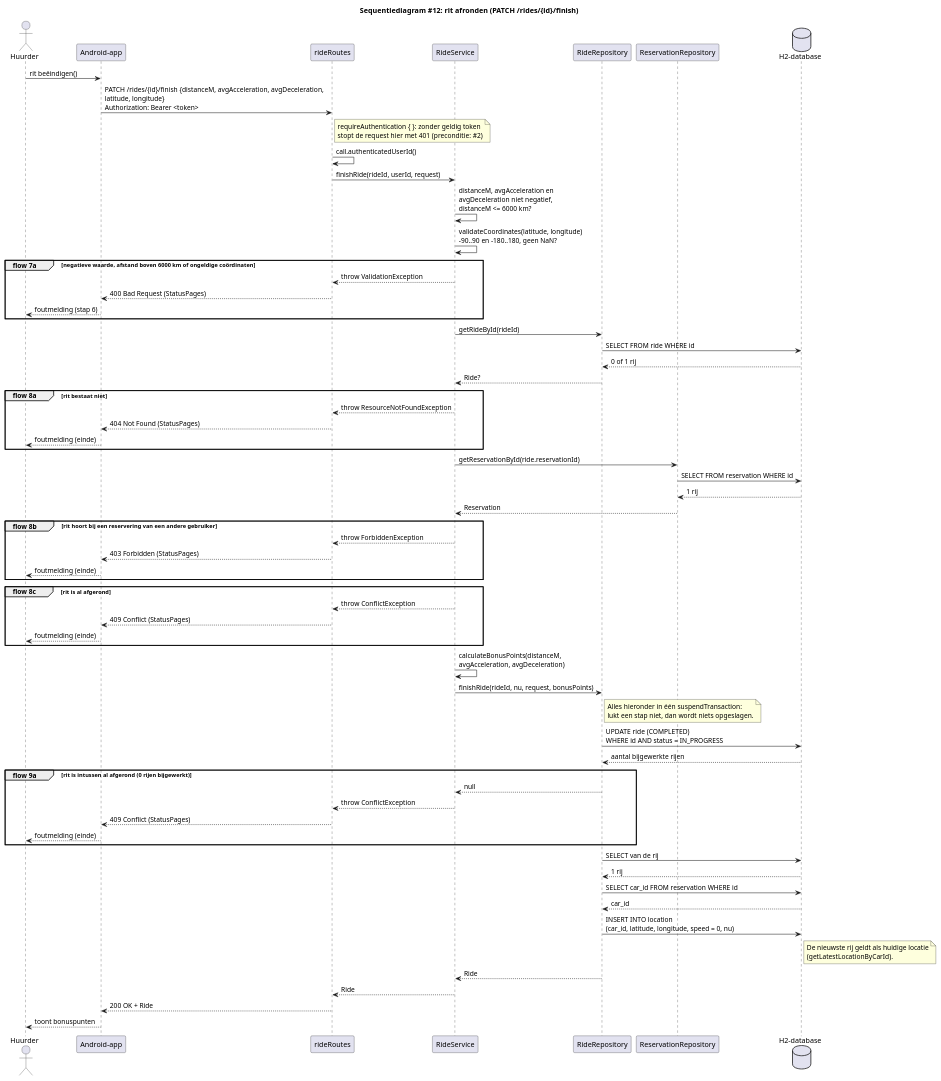
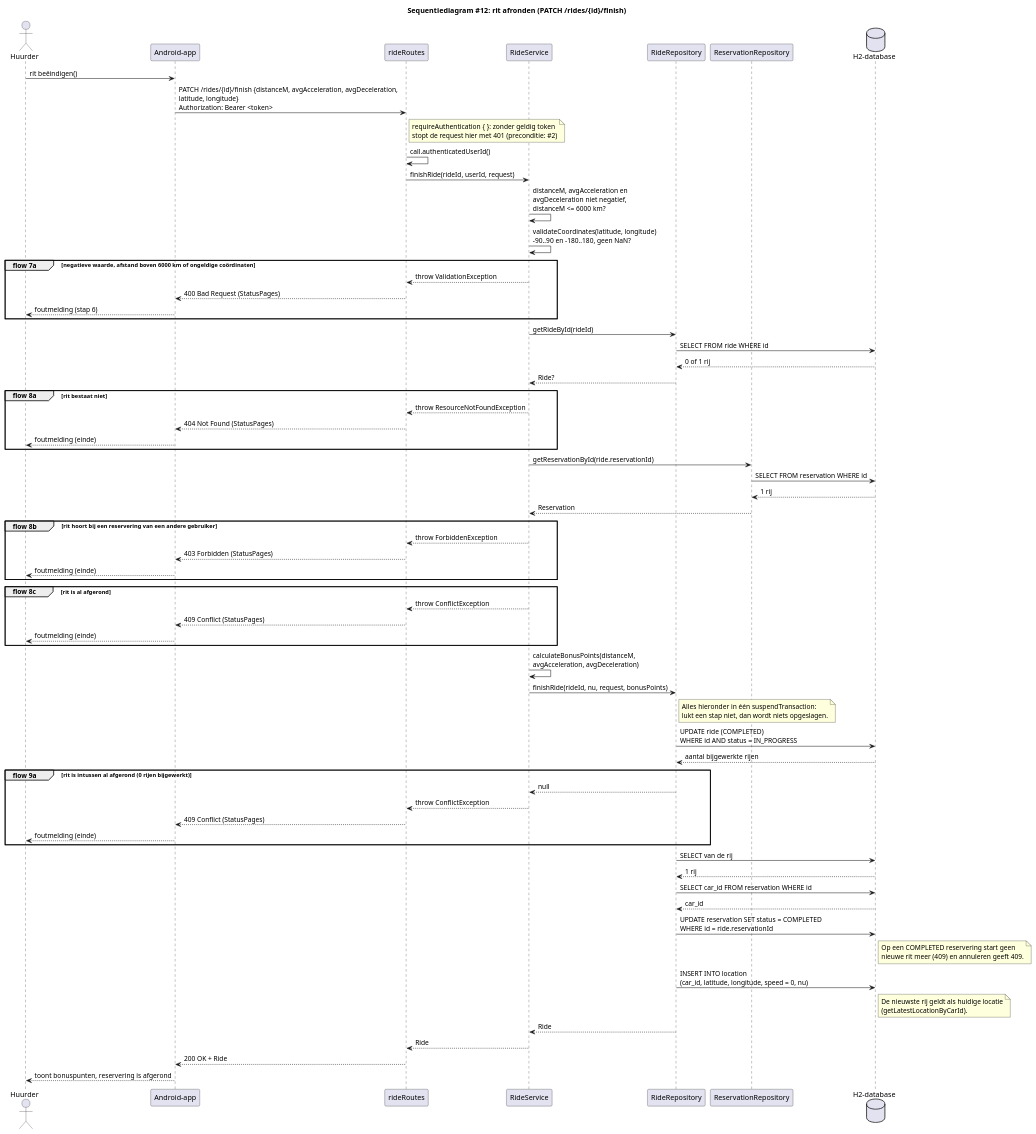
One commit to MarkPrins18/hbo-leerjaar2 changed the diagram in diagrams/sequence/FinishRide.puml. Above: the diagram before and after it, drawn with PlantUML. The commit also changed 5 other files, not shown here.

First line of the commit message:
feat: reservering op COMPLETED zetten bij het afronden van een rit

```diff
--- a/diagrams/sequence/FinishRide.puml
+++ b/diagrams/sequence/FinishRide.puml
@@ -1,88 +1,94 @@
 @startuml FinishRide
 title Sequentiediagram #12: rit afronden (PATCH /rides/{id}/finish)
 
 actor Huurder as g
 participant "Android-app" as app
 participant "rideRoutes" as rt
 participant "RideService" as svc
 participant "RideRepository" as riderepo
 participant "ReservationRepository" as resrepo
 database "H2-database" as db
 
 g -> app : rit beëindigen()
 app -> rt : PATCH /rides/{id}/finish {distanceM, avgAcceleration, avgDeceleration,\nlatitude, longitude}\nAuthorization: Bearer <token>
 note right of rt
   requireAuthentication { }: zonder geldig token
   stopt de request hier met 401 (preconditie: #2)
 end note
 rt -> rt : call.authenticatedUserId()
 rt -> svc : finishRide(rideId, userId, request)
 svc -> svc : distanceM, avgAcceleration en\navgDeceleration niet negatief,\ndistanceM <= 6000 km?
 svc -> svc : validateCoordinates(latitude, longitude)\n-90..90 en -180..180, geen NaN?
 
 group flow 7a [negatieve waarde, afstand boven 6000 km of ongeldige coördinaten]
     svc --> rt : throw ValidationException
     rt --> app : 400 Bad Request (StatusPages)
     app --> g : foutmelding (stap 6)
 end
 
 svc -> riderepo : getRideById(rideId)
 riderepo -> db : SELECT FROM ride WHERE id
 db --> riderepo : 0 of 1 rij
 riderepo --> svc : Ride?
 
 group flow 8a [rit bestaat niet]
     svc --> rt : throw ResourceNotFoundException
     rt --> app : 404 Not Found (StatusPages)
     app --> g : foutmelding (einde)
 end
 
 svc -> resrepo : getReservationById(ride.reservationId)
 resrepo -> db : SELECT FROM reservation WHERE id
 db --> resrepo : 1 rij
 resrepo --> svc : Reservation
 
 group flow 8b [rit hoort bij een reservering van een andere gebruiker]
     svc --> rt : throw ForbiddenException
     rt --> app : 403 Forbidden (StatusPages)
     app --> g : foutmelding (einde)
 end
 
 group flow 8c [rit is al afgerond]
     svc --> rt : throw ConflictException
     rt --> app : 409 Conflict (StatusPages)
     app --> g : foutmelding (einde)
 end
 
 svc -> svc : calculateBonusPoints(distanceM,\navgAcceleration, avgDeceleration)
 svc -> riderepo : finishRide(rideId, nu, request, bonusPoints)
 note right of riderepo
   Alles hieronder in één suspendTransaction:
   lukt een stap niet, dan wordt niets opgeslagen.
 end note
 riderepo -> db : UPDATE ride (COMPLETED)\nWHERE id AND status = IN_PROGRESS
 db --> riderepo : aantal bijgewerkte rijen
 
 group flow 9a [rit is intussen al afgerond (0 rijen bijgewerkt)]
     riderepo --> svc : null
     svc --> rt : throw ConflictException
     rt --> app : 409 Conflict (StatusPages)
     app --> g : foutmelding (einde)
 end
 
 riderepo -> db : SELECT van de rij
 db --> riderepo : 1 rij
 riderepo -> db : SELECT car_id FROM reservation WHERE id
 db --> riderepo : car_id
+riderepo -> db : UPDATE reservation SET status = COMPLETED\nWHERE id = ride.reservationId
+note right of db
+  Op een COMPLETED reservering start geen
+  nieuwe rit meer (409) en annuleren geeft 409.
+end note
+
 riderepo -> db : INSERT INTO location\n(car_id, latitude, longitude, speed = 0, nu)
 note right of db
   De nieuwste rij geldt als huidige locatie
   (getLatestLocationByCarId).
 end note
 riderepo --> svc : Ride
 
 svc --> rt : Ride
 rt --> app : 200 OK + Ride
-app --> g : toont bonuspunten
+app --> g : toont bonuspunten, reservering is afgerond
 
 @enduml
```
